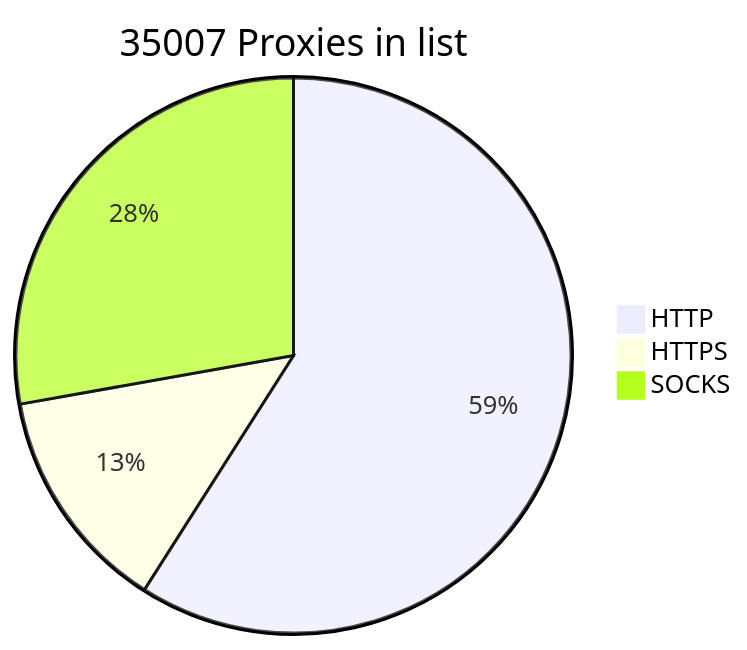
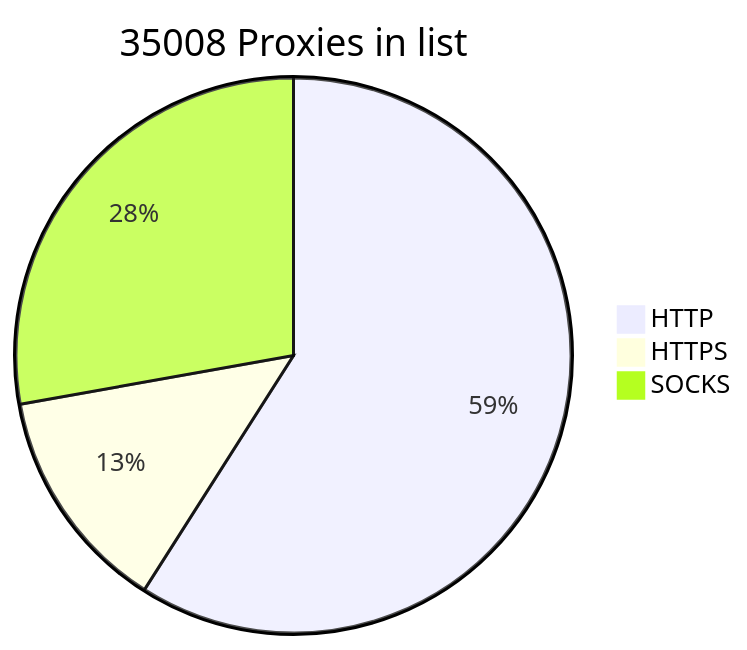
Before and after one commit to BlackSnowDot/proxylist-update-every-minute: the diagram in README.md, drawn with Mermaid.

````diff
--- a/README.md
+++ b/README.md
@@ -2,6 +2,6 @@
 ```mermaid
-pie title 35007 Proxies in list
+pie title 35008 Proxies in list
     "HTTP" : 22948
     "HTTPS": 5122
-    "SOCKS" : 10810
+    "SOCKS" : 10811
 ```
````
